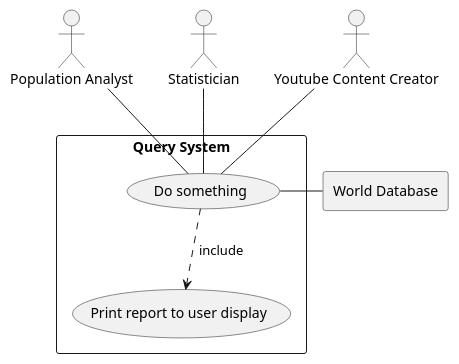
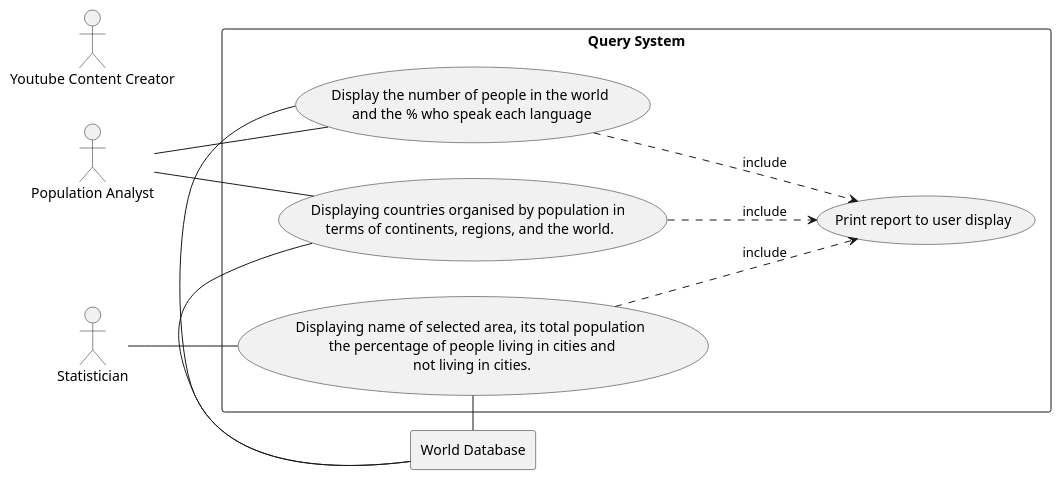
Before and after one commit to glugg23/SET08103-G20: the diagram in docs/use-case/use-case-1.puml, drawn with PlantUML.

Commit message:
Done up to 3 usecases in diagram so far

```diff
--- a/docs/use-case/use-case-1.puml
+++ b/docs/use-case/use-case-1.puml
@@ -1,21 +1,29 @@
 @startuml
+left to right direction
 
 rectangle "World Database" as S2
 
 :Population Analyst: as A1
 :Statistician: as A2
 :Youtube Content Creator: as A3
 
 rectangle "Query System" as S1 {
     (Print report to user display) as U1
-    (Do something) as U2
+    (Display the number of people in the world\n and the % who speak each language) as U2
+    A1 -- U2
+    (Displaying name of selected area, its total population\n the percentage of people living in cities and\n not living in cities.) as U3
+    A2 -- U3
+    (Displaying countries organised by population in \nterms of continents, regions, and the world.) as U4
+    A1 -- U4
 
-    A1 -- U2
-    A2 -- U2
-    A3 -- U2
+      
     U2 ..> U1 : " include"
-    U2 - S2
+    U3 ..> U1 : " include"
+    U4 ..> U1 : " include"
+    U2 -left- S2
+    U3 -left- S2
+    U4 -left- S2
 
 }
 
 @enduml
```
